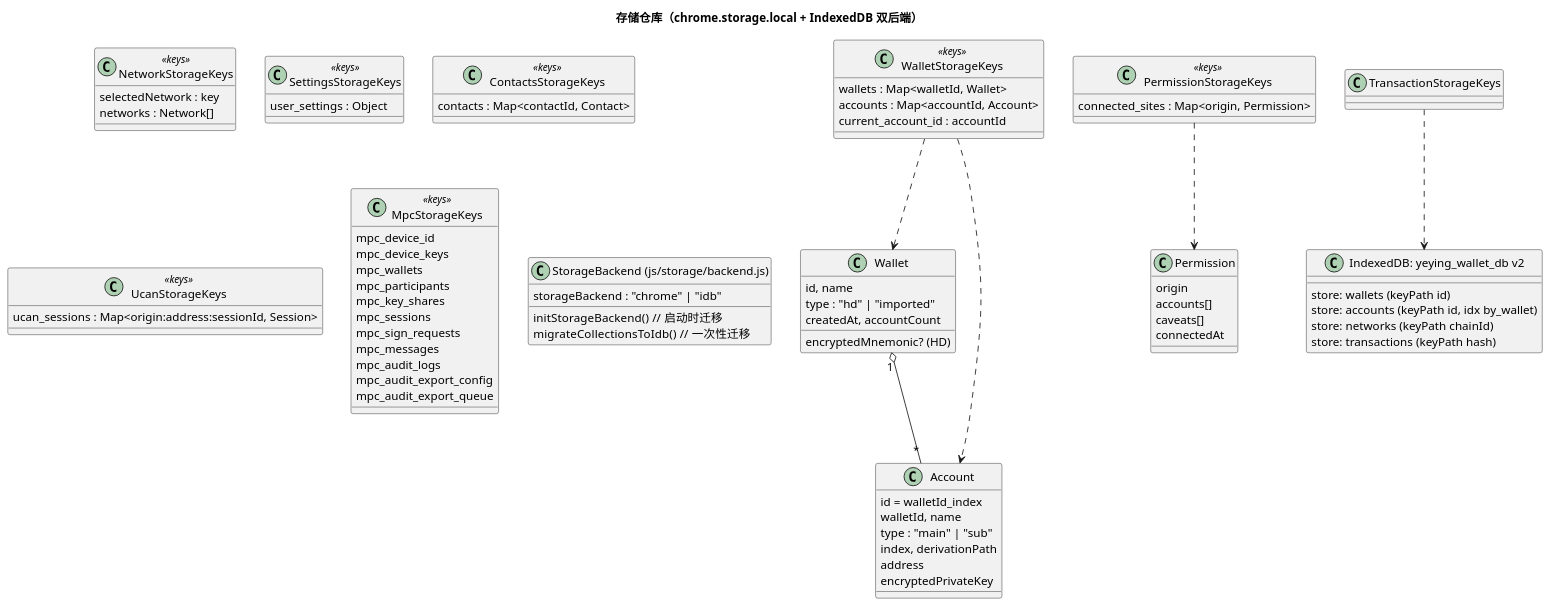
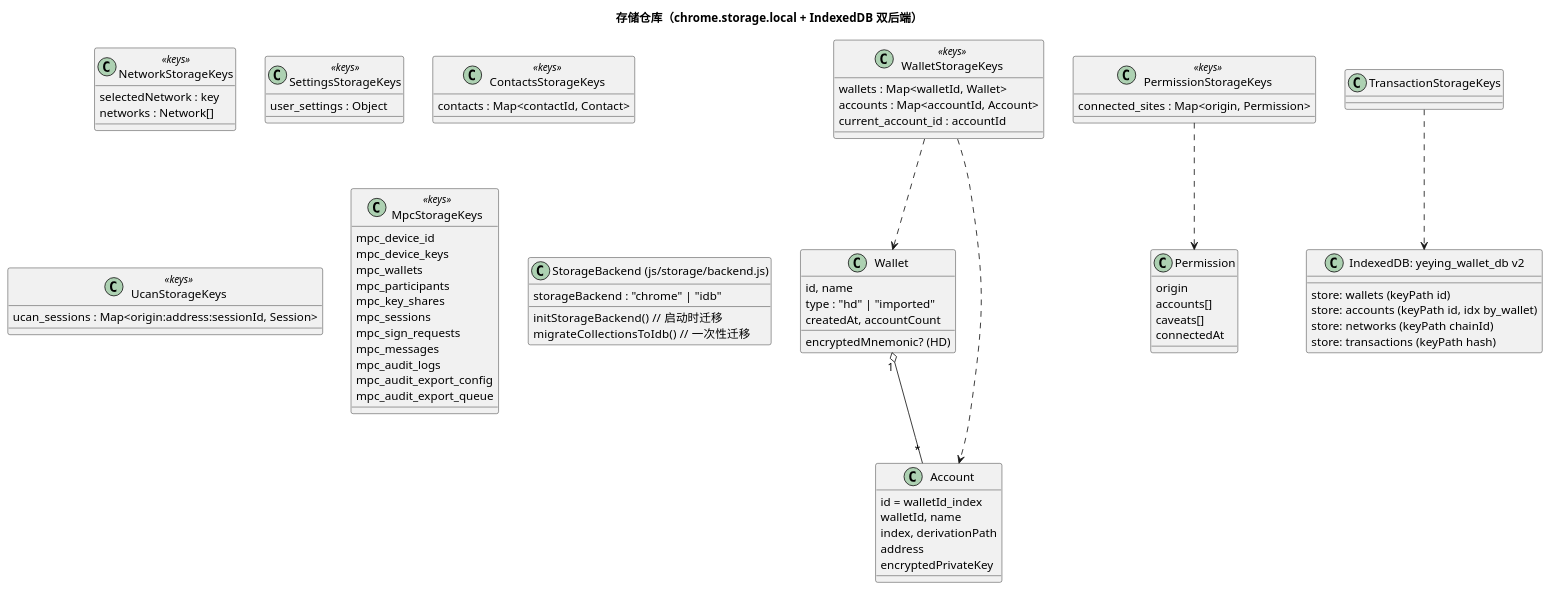
One commit to yeying-community/wallet changed the sixth of 7 diagrams in docs/V1架构基线.md. Above: the diagram before and after it, drawn with PlantUML. The commit also changed 25 other files, not shown here.

```diff
--- a/docs/V1架构基线.md
+++ b/docs/V1架构基线.md
@@ -422,7 +422,6 @@
 class Account {
   id = walletId_index
   walletId, name
-  type : "main" | "sub"
   index, derivationPath
   address
   encryptedPrivateKey
```
